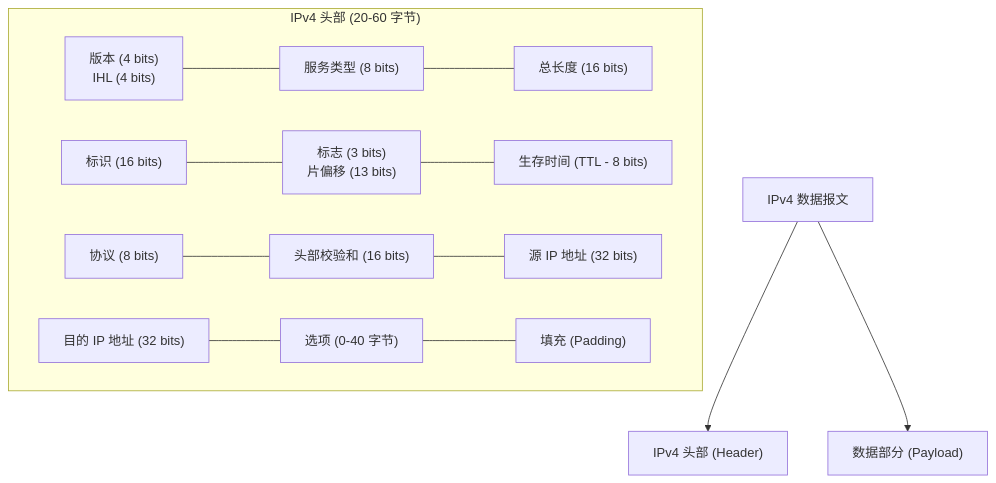
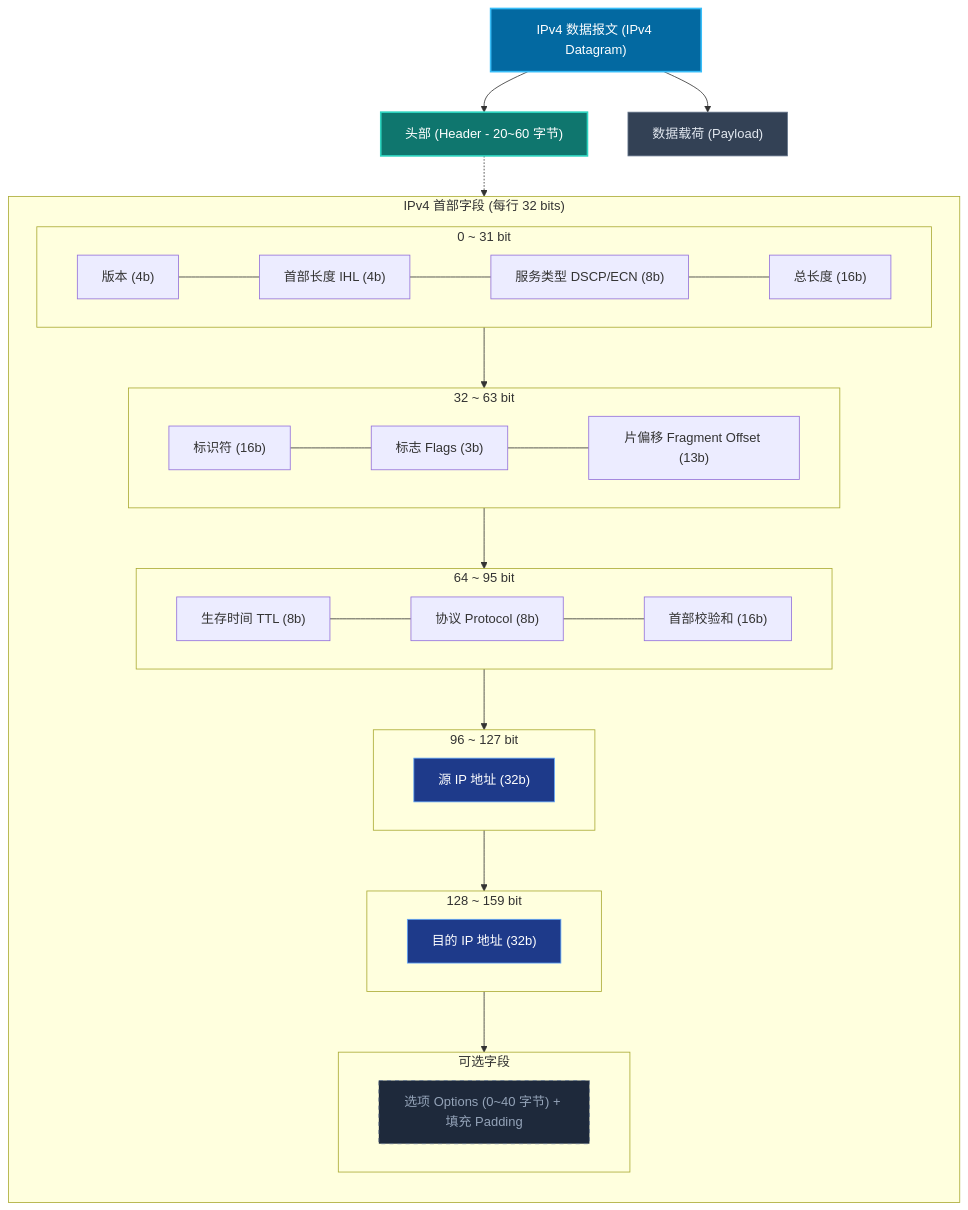
Before and after one commit to teatang/t-blog: the first of 2 diagrams in source/_posts/2024/2024-11-16_IPv4 (Internet Protocol version 4) 详解.md, drawn with Mermaid. The commit also changed other lines of this file and 7 other files, not shown here.

```diff
--- a/source/_posts/2024/2024-11-16_IPv4 (Internet Protocol version 4) 详解.md
+++ b/source/_posts/2024/2024-11-16_IPv4 (Internet Protocol version 4) 详解.md
@@ -123,25 +123,50 @@
 {% mermaid %}
-graph TD
-    A[IPv4 数据报文] --> B["IPv4 头部 (Header)"]
-    A --> C["数据部分 (Payload)"]
+flowchart TD
+    A["IPv4 数据报文 (IPv4 Datagram)"] --> B["头部 (Header - 20~60 字节)"]
+    A --> C["数据载荷 (Payload)"]
 
-    subgraph "IPv4 头部 (20-60 字节)"
-        B1["版本 (4 bits) \n IHL (4 bits)"]
-        B2["服务类型 (8 bits)"]
-        B3["总长度 (16 bits)"]
-        B4["标识 (16 bits)"]
-        B5["标志 (3 bits) \n 片偏移 (13 bits)"]
-        B6["生存时间 (TTL - 8 bits)"]
-        B7["协议 (8 bits)"]
-        B8["头部校验和 (16 bits)"]
-        B9["源 IP 地址 (32 bits)"]
-        B10["目的 IP 地址 (32 bits)"]
-        B11["选项 (0-40 字节)"]
-        B12["填充 (Padding)"]
+    subgraph Header["IPv4 首部字段 (每行 32 bits)"]
+        direction TB
+        
+        subgraph Row1["0 ~ 31 bit"]
+            direction LR
+            B1["版本 (4b)"] --- B2["首部长度 IHL (4b)"] --- B3["服务类型 DSCP/ECN (8b)"] --- B4["总长度 (16b)"]
+        end
+
+        subgraph Row2["32 ~ 63 bit"]
+            direction LR
+            B5["标识符 (16b)"] --- B6["标志 Flags (3b)"] --- B7["片偏移 Fragment Offset (13b)"]
+        end
+
+        subgraph Row3["64 ~ 95 bit"]
+            direction LR
+            B8["生存时间 TTL (8b)"] --- B9["协议 Protocol (8b)"] --- B10["首部校验和 (16b)"]
+        end
+
+        subgraph Row4["96 ~ 127 bit"]
+            direction LR
+            B11["源 IP 地址 (32b)"]
+        end
+
+        subgraph Row5["128 ~ 159 bit"]
+            direction LR
+            B12["目的 IP 地址 (32b)"]
+        end
+
+        subgraph Row6["可选字段"]
+            direction LR
+            B13["选项 Options (0~40 字节) + 填充 Padding"]
+        end
+
+        Row1 --> Row2 --> Row3 --> Row4 --> Row5 --> Row6
     end
 
-    B1 --- B2 --- B3
-    B4 --- B5 --- B6
-    B7 --- B8 --- B9
-    B10 --- B11 --- B12
+    B -.-> Header
+
+    style A fill:#0369a1,stroke:#38bdf8,stroke-width:2px,color:#ffffff
+    style B fill:#0f766e,stroke:#2dd4bf,stroke-width:2px,color:#ffffff
+    style C fill:#334155,stroke:#64748b,stroke-width:1px,color:#e2e8f0
+    style B11 fill:#1e3a8a,stroke:#60a5fa,stroke-width:1px,color:#ffffff
+    style B12 fill:#1e3a8a,stroke:#60a5fa,stroke-width:1px,color:#ffffff
+    style B13 fill:#1e293b,stroke:#64748b,stroke-dasharray: 5 5,color:#94a3b8
 {% endmermaid %}
```
